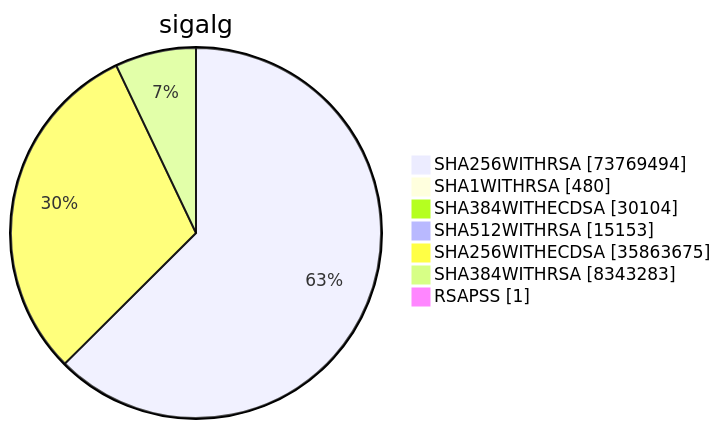
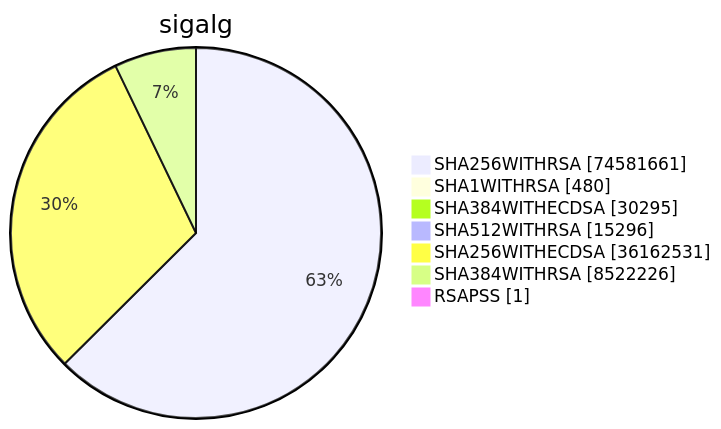
Before and after one commit to christiankrug/ctmonitor_visualization: diagram 15 of 15 in xenon2023/README.md, drawn with Mermaid. The commit also changed other lines of this file, not shown here.

````diff
--- a/xenon2023/README.md
+++ b/xenon2023/README.md
@@ -4538,11 +4542,11 @@
 ```mermaid
 pie showData
 title sigalg
-"SHA256WITHRSA" :73769494
+"SHA256WITHRSA" :74581661
 "SHA1WITHRSA" :480
-"SHA384WITHECDSA" :30104
-"SHA512WITHRSA" :15153
-"SHA256WITHECDSA" :35863675
-"SHA384WITHRSA" :8343283
+"SHA384WITHECDSA" :30295
+"SHA512WITHRSA" :15296
+"SHA256WITHECDSA" :36162531
+"SHA384WITHRSA" :8522226
 "RSAPSS" :1
 ```
````
